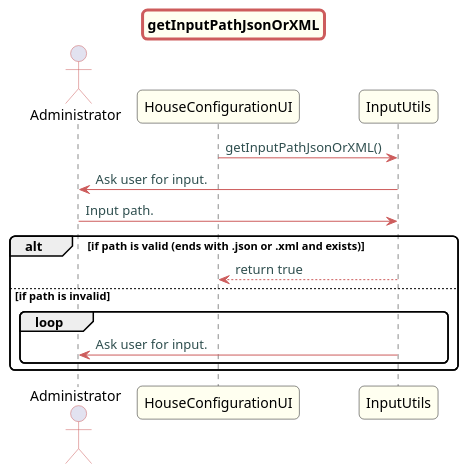
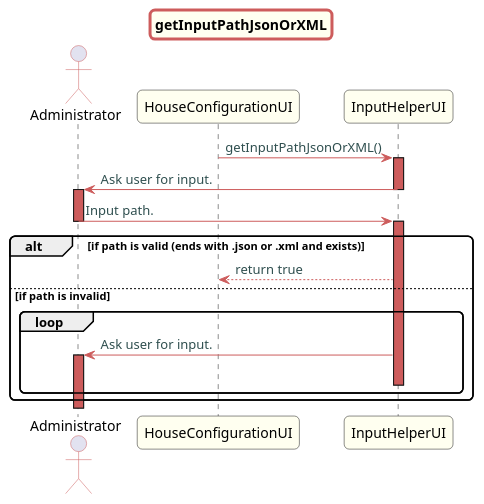
The diagram in src/doc/Controllers/HouseConfiguration/US15/getInputPath_sd_HouseConfiguration.puml (Almadanmp/project), drawn with PlantUML before and after one commit. The commit also changed 4 other files, not shown here.

Commit message:
REF #178 updated class diagram and sequence diagram for us15v2

```diff
--- a/src/doc/Controllers/HouseConfiguration/US15/getInputPath_sd_HouseConfiguration.puml
+++ b/src/doc/Controllers/HouseConfiguration/US15/getInputPath_sd_HouseConfiguration.puml
@@ -1,41 +1,52 @@
 @startuml
 
 title getInputPathJsonOrXML
 
 skinparam titleBorderRoundCorner 10
 skinparam titleBorderThickness 3
 skinparam titleBorderColor indianred
 skinparam titleBackgroundColor ivory
 skinparam FontName quicksand
 
 skinparam actor {
   BorderColor indianred
   }
 
 skinparam sequence {
   LifeLineBackgroundColor indianred
   ParticipantBackgroundColor ivory
 }
 
 skinparam roundcorner 10
 
 skinparam component {
   arrowThickness 1
   ArrowFontName Verdana
   ArrowColor indianred
   ArrowFontColor darkslategrey
 }
 
 actor Administrator
 
-HouseConfigurationUI -> InputUtils: getInputPathJsonOrXML()
-InputUtils -> Administrator: Ask user for input.
-Administrator -> InputUtils: Input path.
+HouseConfigurationUI -> InputHelperUI: getInputPathJsonOrXML()
+activate InputHelperUI
+InputHelperUI -> Administrator: Ask user for input.
+deactivate InputHelperUI
+
+activate Administrator
+
+Administrator -> InputHelperUI: Input path.
+deactivate Administrator
+
+activate InputHelperUI
+
 alt if path is valid (ends with .json or .xml and exists)
- InputUtils-->HouseConfigurationUI: return true
+ InputHelperUI-->HouseConfigurationUI: return true
 else if path is invalid
 loop
-InputUtils -> Administrator: Ask user for input.
+InputHelperUI -> Administrator: Ask user for input.
+activate Administrator
+deactivate InputHelperUI
 end loop
 end
 @enduml
```
